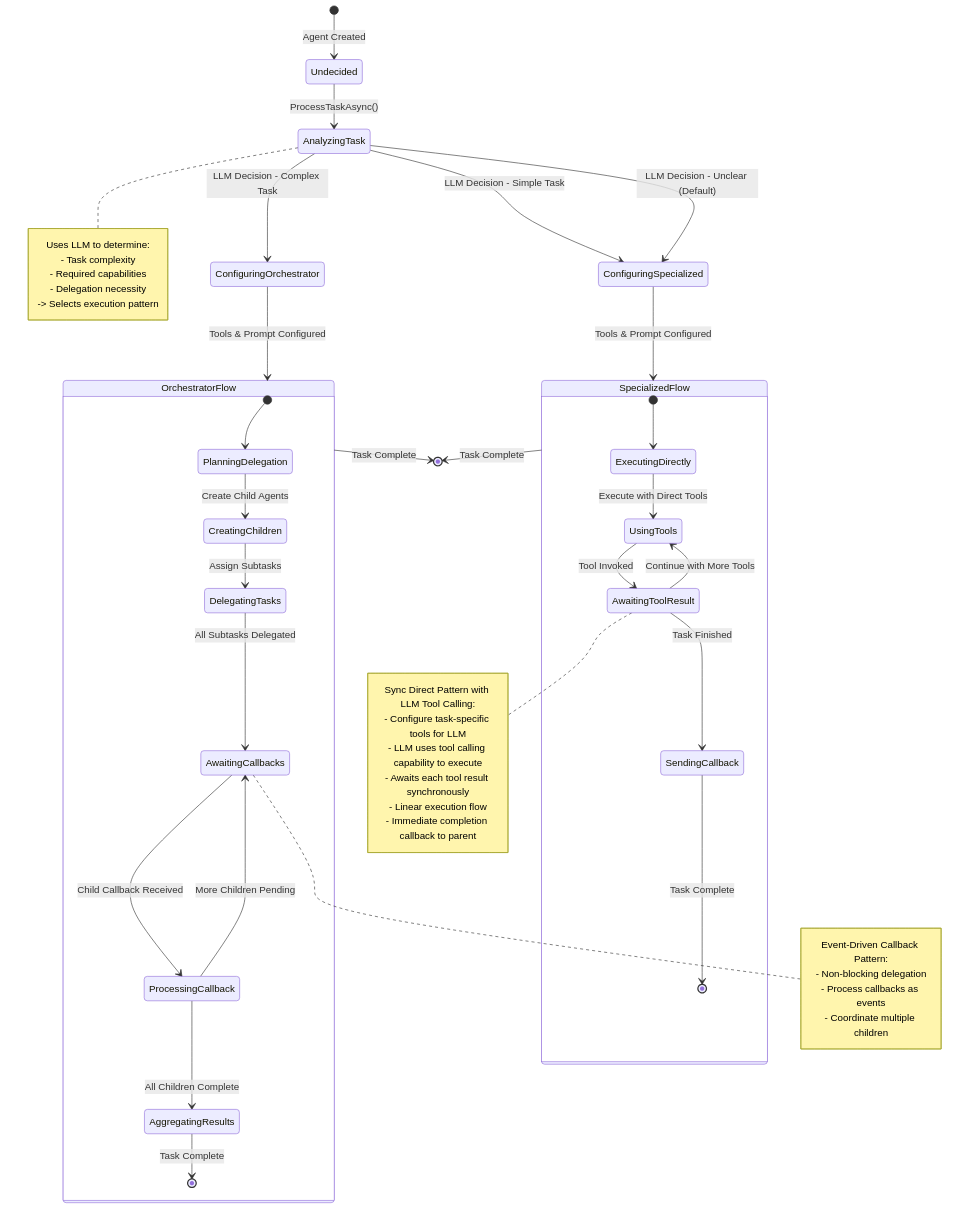
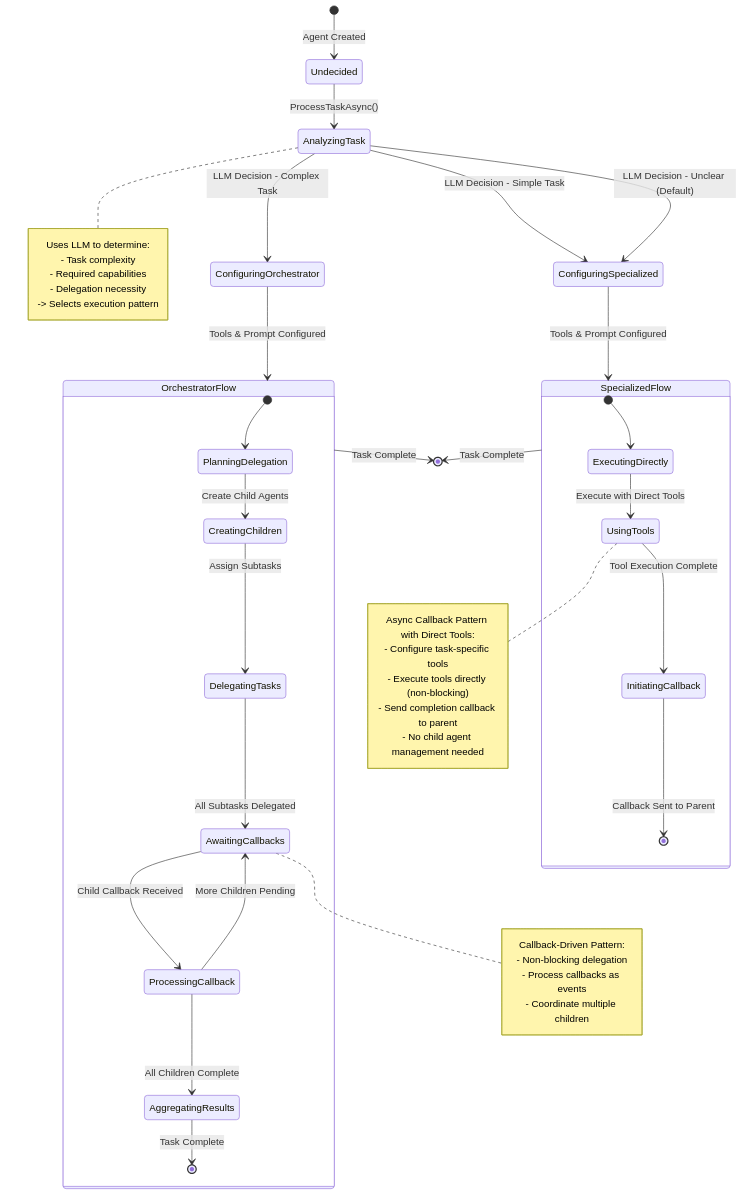
One commit to gldeng/psi-orleans changed the fourth of 6 diagrams in refactoring-architecture.md. Above: the diagram before and after it, drawn with Mermaid. The commit also changed other lines of this file, not shown here.

Commit message:
Add call back for specialized agent

````diff
--- a/refactoring-architecture.md
+++ b/refactoring-architecture.md
@@ -390,60 +393,57 @@
 ```mermaid
 stateDiagram-v2
     [*] --> Undecided : Agent Created
 
     Undecided --> AnalyzingTask : ProcessTaskAsync()
     
     AnalyzingTask --> ConfiguringOrchestrator : LLM Decision - Complex Task
     AnalyzingTask --> ConfiguringSpecialized : LLM Decision - Simple Task
     AnalyzingTask --> ConfiguringSpecialized : LLM Decision - Unclear (Default)
 
     ConfiguringOrchestrator --> OrchestratorFlow : Tools & Prompt Configured
     ConfiguringSpecialized --> SpecializedFlow : Tools & Prompt Configured
 
     state OrchestratorFlow {
         [*] --> PlanningDelegation
         PlanningDelegation --> CreatingChildren : Create Child Agents
         CreatingChildren --> DelegatingTasks : Assign Subtasks
         DelegatingTasks --> AwaitingCallbacks : All Subtasks Delegated
         AwaitingCallbacks --> ProcessingCallback : Child Callback Received
         ProcessingCallback --> AwaitingCallbacks : More Children Pending
         ProcessingCallback --> AggregatingResults : All Children Complete
         AggregatingResults --> [*] : Task Complete
         
         note right of AwaitingCallbacks
-            Event-Driven Callback Pattern:
+            Callback-Driven Pattern:
             - Non-blocking delegation
             - Process callbacks as events
             - Coordinate multiple children
         end note
     }
 
     state SpecializedFlow {
         [*] --> ExecutingDirectly
         ExecutingDirectly --> UsingTools : Execute with Direct Tools
-        UsingTools --> AwaitingToolResult : Tool Invoked
-        AwaitingToolResult --> UsingTools : Continue with More Tools
-        AwaitingToolResult --> SendingCallback : Task Finished
-        SendingCallback --> [*] : Task Complete
+        UsingTools --> InitiatingCallback : Tool Execution Complete
+        InitiatingCallback --> [*] : Callback Sent to Parent
         
-        note right of AwaitingToolResult
-            Sync Direct Pattern with LLM Tool Calling:
-            - Configure task-specific tools for LLM
-            - LLM uses tool calling capability to execute
-            - Awaits each tool result synchronously
-            - Linear execution flow
-            - Immediate completion callback to parent
+        note right of UsingTools
+            Async Callback Pattern with Direct Tools:
+            - Configure task-specific tools
+            - Execute tools directly (non-blocking)
+            - Send completion callback to parent
+            - No child agent management needed
         end note
     }
 
     OrchestratorFlow --> [*] : Task Complete
     SpecializedFlow --> [*] : Task Complete
 
     note right of AnalyzingTask
         Uses LLM to determine:
         - Task complexity
         - Required capabilities
         - Delegation necessity
         -> Selects execution pattern
     end note
 ```
````
